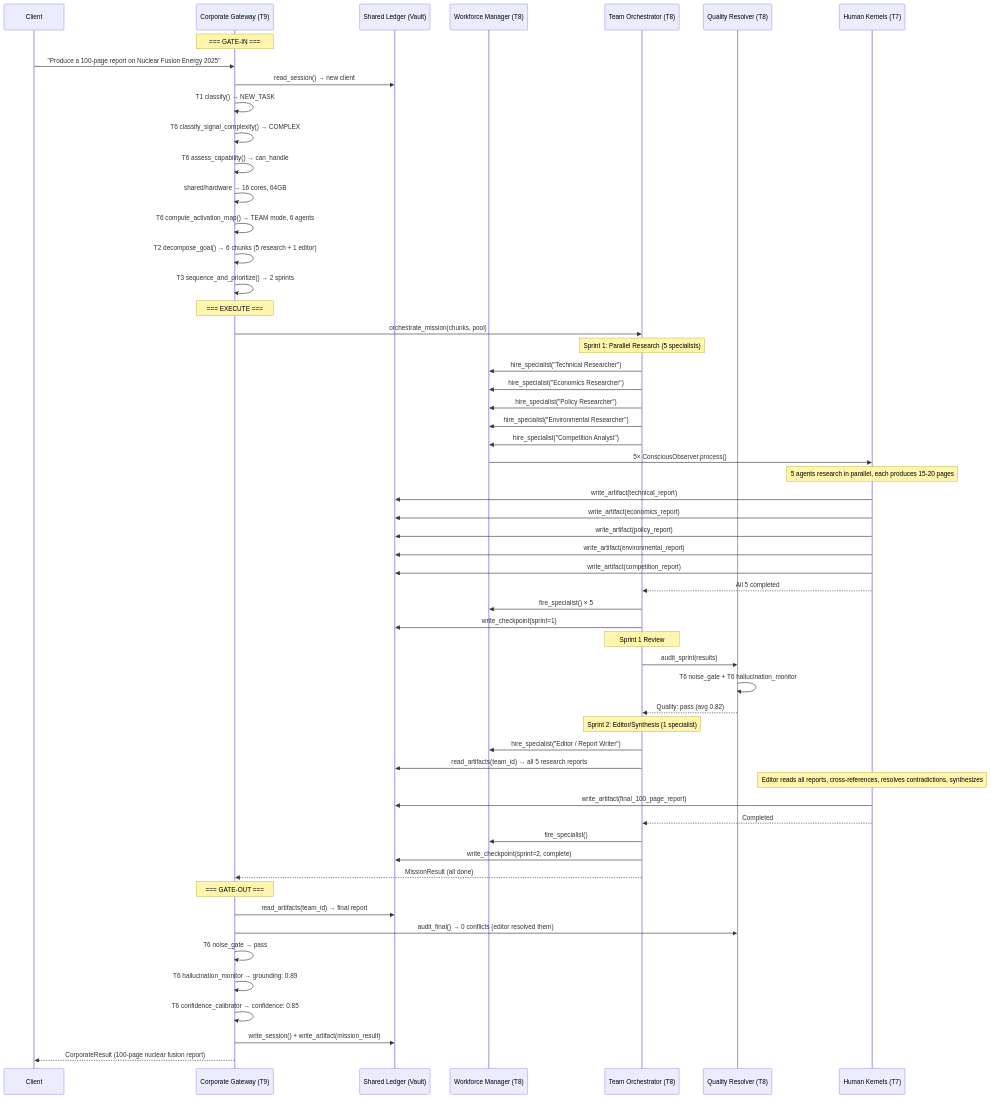
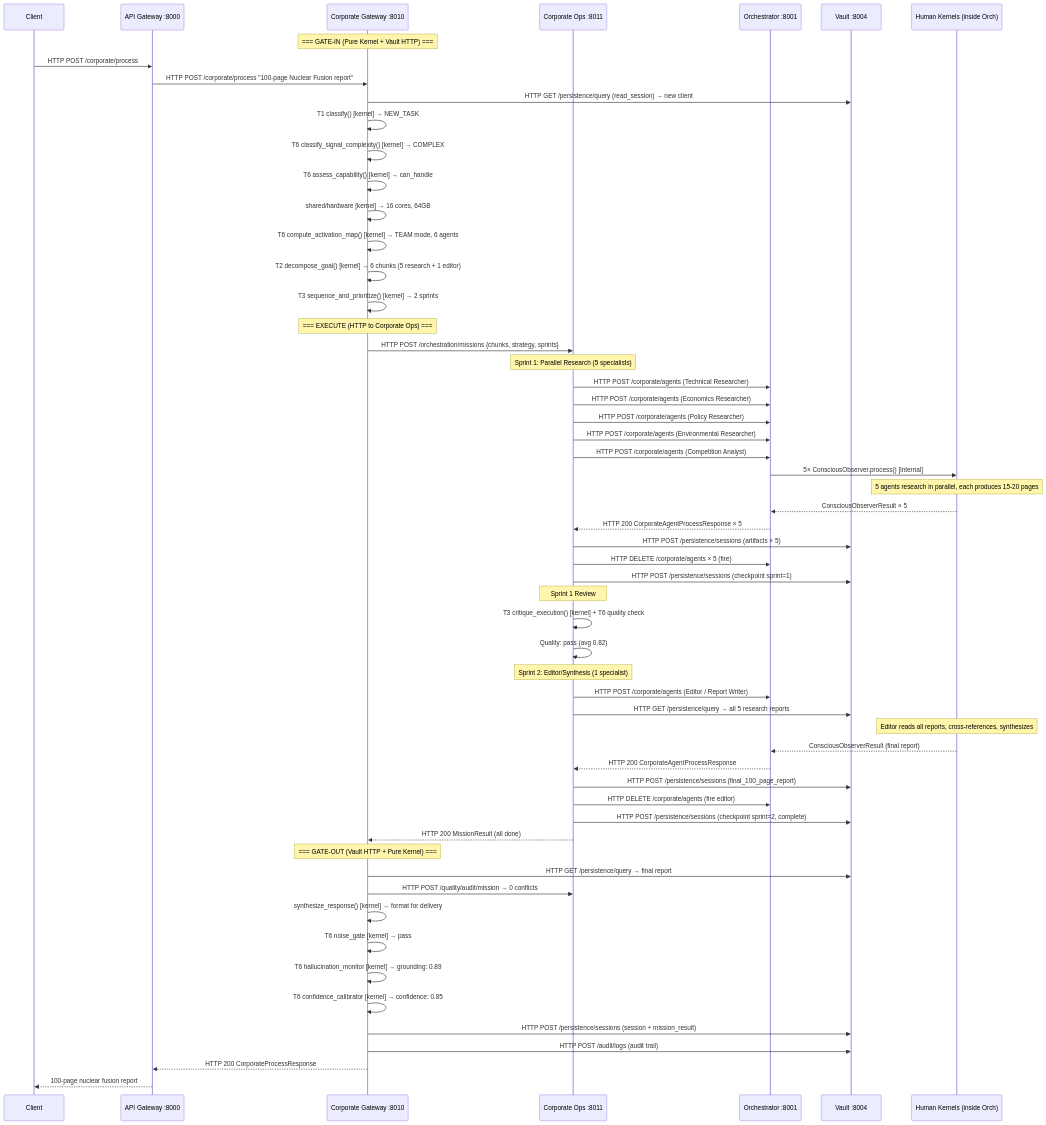
The second of 3 diagrams in redesign/tier_9_architecture.md (azzindani/Kea), drawn with Mermaid before and after one commit. The commit also changed other lines of this file and 3 other files, not shown here.

Commit message:
feat: Document the new Tier 8 microservices architecture, outline Tier 9, and add Qwen3 embedding and reranker components.

````diff
--- a/redesign/tier_9_architecture.md
+++ b/redesign/tier_9_architecture.md
@@ -529,69 +540,69 @@
 ```mermaid
 sequenceDiagram
     participant Client
-    participant GW as Corporate Gateway (T9)
-    participant SL as Shared Ledger (Vault)
-    participant WM as Workforce Manager (T8)
-    participant TO as Team Orchestrator (T8)
-    participant QR as Quality Resolver (T8)
-    participant HK as Human Kernels (T7)
-
-    Note over GW: === GATE-IN ===
-    Client->>GW: "Produce a 100-page report on Nuclear Fusion Energy 2025"
-    GW->>SL: read_session() → new client
-    GW->>GW: T1 classify() → NEW_TASK
-    GW->>GW: T6 classify_signal_complexity() → COMPLEX
-    GW->>GW: T6 assess_capability() → can_handle
-    GW->>GW: shared/hardware → 16 cores, 64GB
-    GW->>GW: T6 compute_activation_map() → TEAM mode, 6 agents
-    GW->>GW: T2 decompose_goal() → 6 chunks (5 research + 1 editor)
-    GW->>GW: T3 sequence_and_prioritize() → 2 sprints
-
-    Note over GW: === EXECUTE ===
-    GW->>TO: orchestrate_mission(chunks, pool)
-
-    Note over TO: Sprint 1: Parallel Research (5 specialists)
-    TO->>WM: hire_specialist("Technical Researcher")
-    TO->>WM: hire_specialist("Economics Researcher")
-    TO->>WM: hire_specialist("Policy Researcher")
-    TO->>WM: hire_specialist("Environmental Researcher")
-    TO->>WM: hire_specialist("Competition Analyst")
-    WM->>HK: 5× ConsciousObserver.process()
+    participant GW as API Gateway :8000
+    participant CG as Corporate Gateway :8010
+    participant CO as Corporate Ops :8011
+    participant Orch as Orchestrator :8001
+    participant Vault as Vault :8004
+    participant HK as Human Kernels (inside Orch)
+ 
+    Note over CG: === GATE-IN (Pure Kernel + Vault HTTP) ===
+    Client->>GW: HTTP POST /corporate/process
+    GW->>CG: HTTP POST /corporate/process "100-page Nuclear Fusion report"
+    CG->>Vault: HTTP GET /persistence/query (read_session) → new client
+    CG->>CG: T1 classify() [kernel] → NEW_TASK
+    CG->>CG: T6 classify_signal_complexity() [kernel] → COMPLEX
+    CG->>CG: T6 assess_capability() [kernel] → can_handle
+    CG->>CG: shared/hardware [kernel] → 16 cores, 64GB
+    CG->>CG: T6 compute_activation_map() [kernel] → TEAM mode, 6 agents
+    CG->>CG: T2 decompose_goal() [kernel] → 6 chunks (5 research + 1 editor)
+    CG->>CG: T3 sequence_and_prioritize() [kernel] → 2 sprints
+ 
+    Note over CG: === EXECUTE (HTTP to Corporate Ops) ===
+    CG->>CO: HTTP POST /orchestration/missions {chunks, strategy, sprints}
+ 
+    Note over CO: Sprint 1: Parallel Research (5 specialists)
+    CO->>Orch: HTTP POST /corporate/agents (Technical Researcher)
+    CO->>Orch: HTTP POST /corporate/agents (Economics Researcher)
+    CO->>Orch: HTTP POST /corporate/agents (Policy Researcher)
+    CO->>Orch: HTTP POST /corporate/agents (Environmental Researcher)
+    CO->>Orch: HTTP POST /corporate/agents (Competition Analyst)
+    Orch->>HK: 5× ConsciousObserver.process() [internal]
     Note over HK: 5 agents research in parallel, each produces 15-20 pages
-
-    HK->>SL: write_artifact(technical_report)
-    HK->>SL: write_artifact(economics_report)
-    HK->>SL: write_artifact(policy_report)
-    HK->>SL: write_artifact(environmental_report)
-    HK->>SL: write_artifact(competition_report)
-
-    HK-->>TO: All 5 completed
-    TO->>WM: fire_specialist() × 5
-    TO->>SL: write_checkpoint(sprint=1)
-
-    Note over TO: Sprint 1 Review
-    TO->>QR: audit_sprint(results)
-    QR->>QR: T6 noise_gate + T6 hallucination_monitor
-    QR-->>TO: Quality: pass (avg 0.82)
-
-    Note over TO: Sprint 2: Editor/Synthesis (1 specialist)
-    TO->>WM: hire_specialist("Editor / Report Writer")
-    TO->>SL: read_artifacts(team_id) → all 5 research reports
-    Note over HK: Editor reads all reports, cross-references, resolves contradictions, synthesizes
-
-    HK->>SL: write_artifact(final_100_page_report)
-    HK-->>TO: Completed
-    TO->>WM: fire_specialist()
-    TO->>SL: write_checkpoint(sprint=2, complete)
-
-    TO-->>GW: MissionResult (all done)
-
-    Note over GW: === GATE-OUT ===
-    GW->>SL: read_artifacts(team_id) → final report
-    GW->>QR: audit_final() → 0 conflicts (editor resolved them)
-    GW->>GW: T6 noise_gate → pass
-    GW->>GW: T6 hallucination_monitor → grounding: 0.89
-    GW->>GW: T6 confidence_calibrator → confidence: 0.85
-    GW->>SL: write_session() + write_artifact(mission_result)
-    GW-->>Client: CorporateResult (100-page nuclear fusion report)
+ 
+    HK-->>Orch: ConsciousObserverResult × 5
+    Orch-->>CO: HTTP 200 CorporateAgentProcessResponse × 5
+    CO->>Vault: HTTP POST /persistence/sessions (artifacts × 5)
+    CO->>Orch: HTTP DELETE /corporate/agents × 5 (fire)
+    CO->>Vault: HTTP POST /persistence/sessions (checkpoint sprint=1)
+ 
+    Note over CO: Sprint 1 Review
+    CO->>CO: T3 critique_execution() [kernel] + T6 quality check
+    CO->>CO: Quality: pass (avg 0.82)
+ 
+    Note over CO: Sprint 2: Editor/Synthesis (1 specialist)
+    CO->>Orch: HTTP POST /corporate/agents (Editor / Report Writer)
+    CO->>Vault: HTTP GET /persistence/query → all 5 research reports
+    Note over HK: Editor reads all reports, cross-references, synthesizes
+ 
+    HK-->>Orch: ConsciousObserverResult (final report)
+    Orch-->>CO: HTTP 200 CorporateAgentProcessResponse
+    CO->>Vault: HTTP POST /persistence/sessions (final_100_page_report)
+    CO->>Orch: HTTP DELETE /corporate/agents (fire editor)
+    CO->>Vault: HTTP POST /persistence/sessions (checkpoint sprint=2, complete)
+ 
+    CO-->>CG: HTTP 200 MissionResult (all done)
+ 
+    Note over CG: === GATE-OUT (Vault HTTP + Pure Kernel) ===
+    CG->>Vault: HTTP GET /persistence/query → final report
+    CG->>CO: HTTP POST /quality/audit/mission → 0 conflicts
+    CG->>CG: synthesize_response() [kernel] → format for delivery
+    CG->>CG: T6 noise_gate [kernel] → pass
+    CG->>CG: T6 hallucination_monitor [kernel] → grounding: 0.89
+    CG->>CG: T6 confidence_calibrator [kernel] → confidence: 0.85
+    CG->>Vault: HTTP POST /persistence/sessions (session + mission_result)
+    CG->>Vault: HTTP POST /audit/logs (audit trail)
+    CG-->>GW: HTTP 200 CorporateProcessResponse
+    GW-->>Client: 100-page nuclear fusion report
 ```
````
